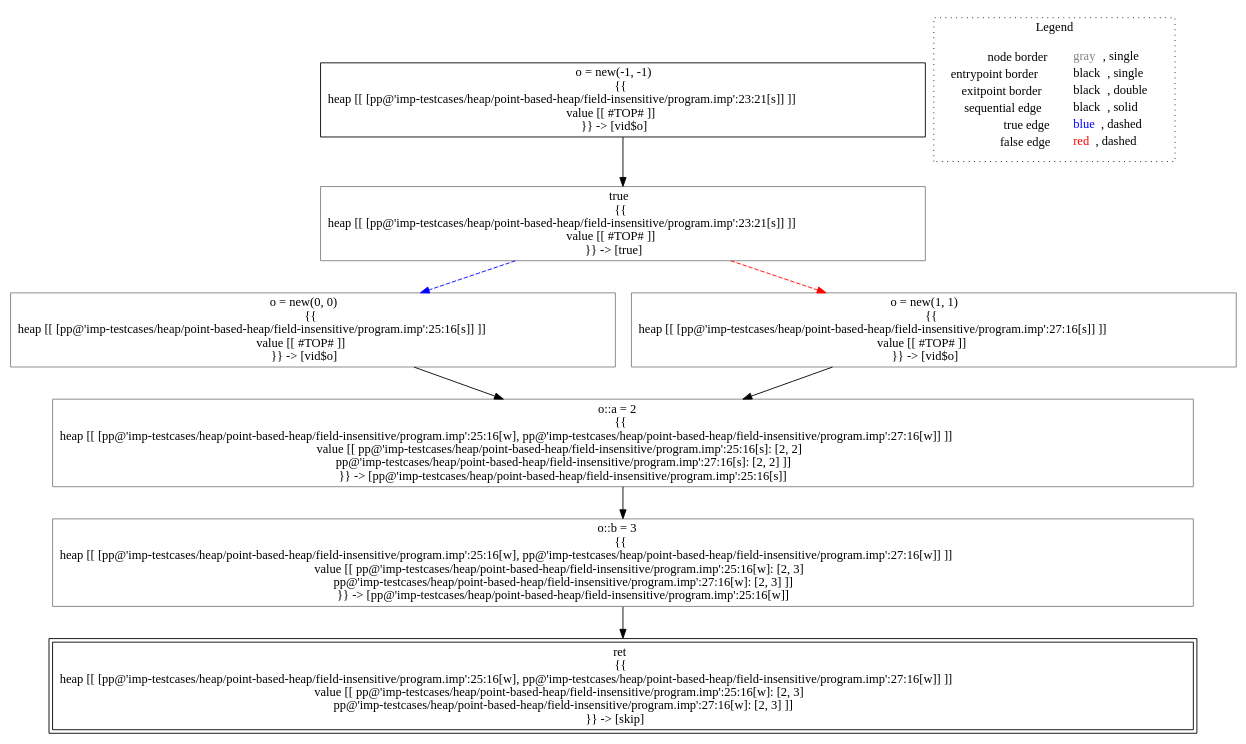
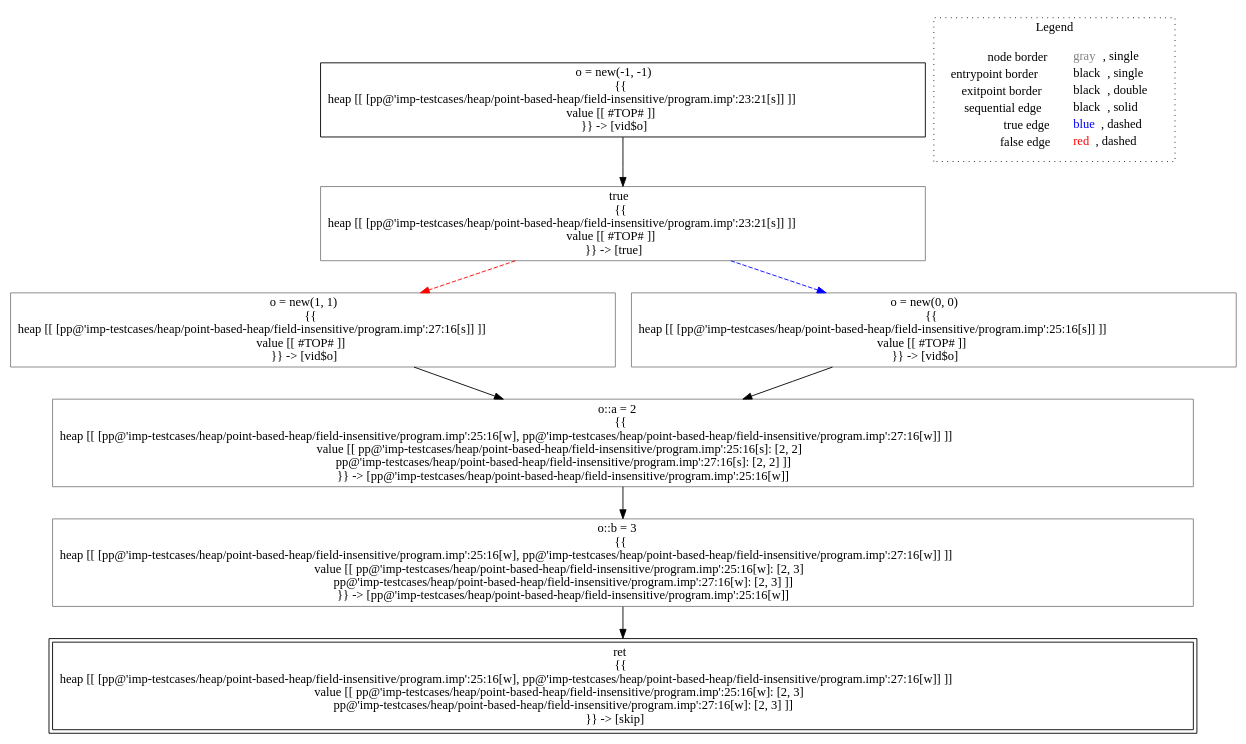
Before and after one commit to lisa-analyzer/lisa: the diagram in lisa/imp-testcases/heap/point-based-heap/field-insensitive/analysis___untyped_A.f3(A_this).dot, drawn with Graphviz. The commit also changed 6 other files, not shown here.

```diff
--- a/lisa/imp-testcases/heap/point-based-heap/field-insensitive/analysis___untyped_A.f3(A_this).dot
+++ b/lisa/imp-testcases/heap/point-based-heap/field-insensitive/analysis___untyped_A.f3(A_this).dot
@@ -1,23 +1,23 @@
 digraph {
 	"node0" [shape="rect",color="black",label=<o = new(-1, -1)<BR/>{{<BR/>heap [[ [pp@'imp-testcases/heap/point-based-heap/field-insensitive/program.imp':23:21[s]] ]]<BR/>value [[ #TOP# ]]<BR/>}} -&gt; [vid$o]>];
-	"node1" [shape="rect",color="gray",label=<o::a = 2<BR/>{{<BR/>heap [[ [pp@'imp-testcases/heap/point-based-heap/field-insensitive/program.imp':25:16[w], pp@'imp-testcases/heap/point-based-heap/field-insensitive/program.imp':27:16[w]] ]]<BR/>value [[ pp@'imp-testcases/heap/point-based-heap/field-insensitive/program.imp':25:16[s]: [2, 2]<BR/>pp@'imp-testcases/heap/point-based-heap/field-insensitive/program.imp':27:16[s]: [2, 2] ]]<BR/>}} -&gt; [pp@'imp-testcases/heap/point-based-heap/field-insensitive/program.imp':25:16[s]]>];
-	"node2" [shape="rect",color="black",peripheries="2",label=<ret<BR/>{{<BR/>heap [[ [pp@'imp-testcases/heap/point-based-heap/field-insensitive/program.imp':25:16[w], pp@'imp-testcases/heap/point-based-heap/field-insensitive/program.imp':27:16[w]] ]]<BR/>value [[ pp@'imp-testcases/heap/point-based-heap/field-insensitive/program.imp':25:16[w]: [2, 3]<BR/>pp@'imp-testcases/heap/point-based-heap/field-insensitive/program.imp':27:16[w]: [2, 3] ]]<BR/>}} -&gt; [skip]>];
-	"node3" [shape="rect",color="gray",label=<o = new(0, 0)<BR/>{{<BR/>heap [[ [pp@'imp-testcases/heap/point-based-heap/field-insensitive/program.imp':25:16[s]] ]]<BR/>value [[ #TOP# ]]<BR/>}} -&gt; [vid$o]>];
-	"node4" [shape="rect",color="gray",label=<o = new(1, 1)<BR/>{{<BR/>heap [[ [pp@'imp-testcases/heap/point-based-heap/field-insensitive/program.imp':27:16[s]] ]]<BR/>value [[ #TOP# ]]<BR/>}} -&gt; [vid$o]>];
-	"node5" [shape="rect",color="gray",label=<true<BR/>{{<BR/>heap [[ [pp@'imp-testcases/heap/point-based-heap/field-insensitive/program.imp':23:21[s]] ]]<BR/>value [[ #TOP# ]]<BR/>}} -&gt; [true]>];
-	"node6" [shape="rect",color="gray",label=<o::b = 3<BR/>{{<BR/>heap [[ [pp@'imp-testcases/heap/point-based-heap/field-insensitive/program.imp':25:16[w], pp@'imp-testcases/heap/point-based-heap/field-insensitive/program.imp':27:16[w]] ]]<BR/>value [[ pp@'imp-testcases/heap/point-based-heap/field-insensitive/program.imp':25:16[w]: [2, 3]<BR/>pp@'imp-testcases/heap/point-based-heap/field-insensitive/program.imp':27:16[w]: [2, 3] ]]<BR/>}} -&gt; [pp@'imp-testcases/heap/point-based-heap/field-insensitive/program.imp':25:16[w]]>];
+	"node1" [shape="rect",color="gray",label=<o::b = 3<BR/>{{<BR/>heap [[ [pp@'imp-testcases/heap/point-based-heap/field-insensitive/program.imp':25:16[w], pp@'imp-testcases/heap/point-based-heap/field-insensitive/program.imp':27:16[w]] ]]<BR/>value [[ pp@'imp-testcases/heap/point-based-heap/field-insensitive/program.imp':25:16[w]: [2, 3]<BR/>pp@'imp-testcases/heap/point-based-heap/field-insensitive/program.imp':27:16[w]: [2, 3] ]]<BR/>}} -&gt; [pp@'imp-testcases/heap/point-based-heap/field-insensitive/program.imp':25:16[w]]>];
+	"node2" [shape="rect",color="gray",label=<o = new(1, 1)<BR/>{{<BR/>heap [[ [pp@'imp-testcases/heap/point-based-heap/field-insensitive/program.imp':27:16[s]] ]]<BR/>value [[ #TOP# ]]<BR/>}} -&gt; [vid$o]>];
+	"node3" [shape="rect",color="gray",label=<true<BR/>{{<BR/>heap [[ [pp@'imp-testcases/heap/point-based-heap/field-insensitive/program.imp':23:21[s]] ]]<BR/>value [[ #TOP# ]]<BR/>}} -&gt; [true]>];
+	"node4" [shape="rect",color="gray",label=<o::a = 2<BR/>{{<BR/>heap [[ [pp@'imp-testcases/heap/point-based-heap/field-insensitive/program.imp':25:16[w], pp@'imp-testcases/heap/point-based-heap/field-insensitive/program.imp':27:16[w]] ]]<BR/>value [[ pp@'imp-testcases/heap/point-based-heap/field-insensitive/program.imp':25:16[s]: [2, 2]<BR/>pp@'imp-testcases/heap/point-based-heap/field-insensitive/program.imp':27:16[s]: [2, 2] ]]<BR/>}} -&gt; [pp@'imp-testcases/heap/point-based-heap/field-insensitive/program.imp':25:16[w]]>];
+	"node5" [shape="rect",color="gray",label=<o = new(0, 0)<BR/>{{<BR/>heap [[ [pp@'imp-testcases/heap/point-based-heap/field-insensitive/program.imp':25:16[s]] ]]<BR/>value [[ #TOP# ]]<BR/>}} -&gt; [vid$o]>];
+	"node6" [shape="rect",color="black",peripheries="2",label=<ret<BR/>{{<BR/>heap [[ [pp@'imp-testcases/heap/point-based-heap/field-insensitive/program.imp':25:16[w], pp@'imp-testcases/heap/point-based-heap/field-insensitive/program.imp':27:16[w]] ]]<BR/>value [[ pp@'imp-testcases/heap/point-based-heap/field-insensitive/program.imp':25:16[w]: [2, 3]<BR/>pp@'imp-testcases/heap/point-based-heap/field-insensitive/program.imp':27:16[w]: [2, 3] ]]<BR/>}} -&gt; [skip]>];
 	"node1" -> "node6" [color="black"];
-	"node3" -> "node1" [color="black"];
+	"node2" -> "node4" [color="black"];
+	"node3" -> "node2" [color="red",style="dashed"];
+	"node3" -> "node5" [color="blue",style="dashed"];
 	"node4" -> "node1" [color="black"];
-	"node5" -> "node3" [color="blue",style="dashed"];
-	"node5" -> "node4" [color="red",style="dashed"];
-	"node0" -> "node5" [color="black"];
-	"node6" -> "node2" [color="black"];
+	"node5" -> "node4" [color="black"];
+	"node0" -> "node3" [color="black"];
 subgraph cluster_legend {
 	label="Legend";
 	style=dotted;
 	node [shape=plaintext];
 	"legend" [label=<<table border="0" cellpadding="2" cellspacing="0" cellborder="0"><tr><td align="right">node border&nbsp;</td><td align="left"><font color="gray">gray</font>, single</td></tr><tr><td align="right">entrypoint border&nbsp;</td><td align="left"><font color="black">black</font>, single</td></tr><tr><td align="right">exitpoint border&nbsp;</td><td align="left"><font color="black">black</font>, double</td></tr><tr><td align="right">sequential edge&nbsp;</td><td align="left"><font color="black">black</font>, solid</td></tr><tr><td align="right">true edge&nbsp;</td><td align="left"><font color="blue">blue</font>, dashed</td></tr><tr><td align="right">false edge&nbsp;</td><td align="left"><font color="red">red</font>, dashed</td></tr></table>>];
 }
 
 }
```
